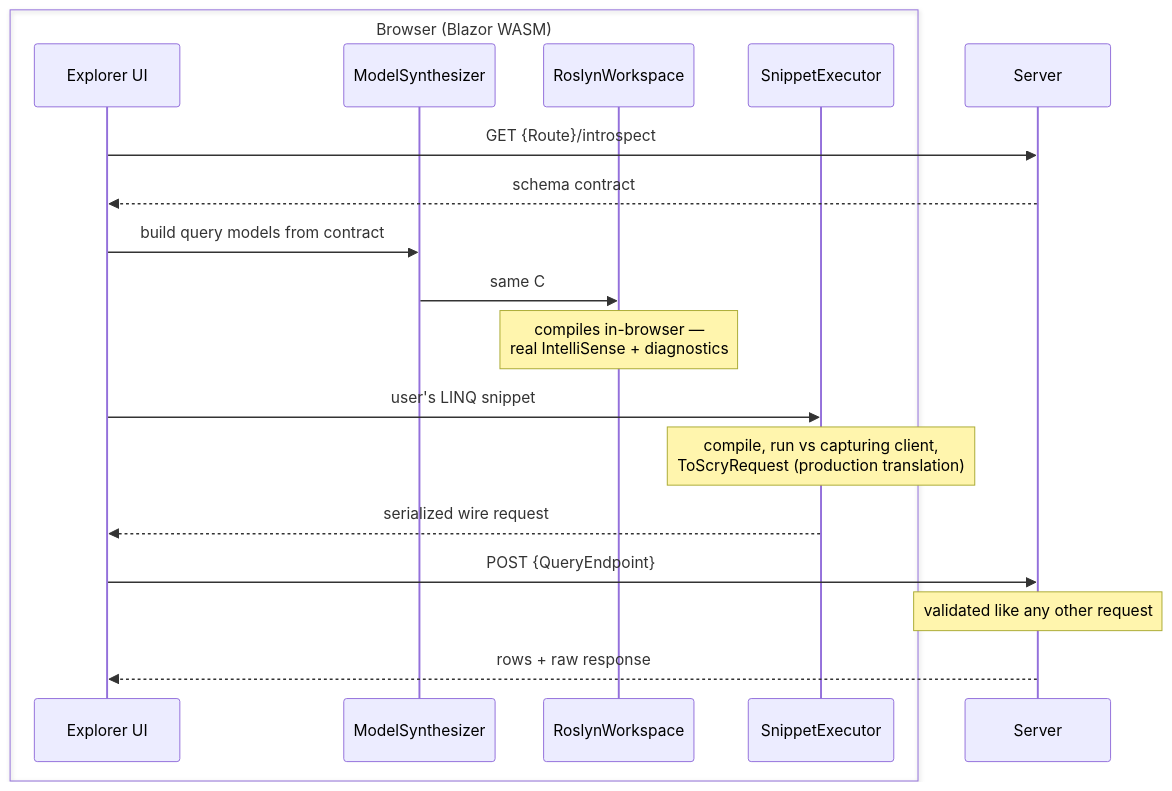
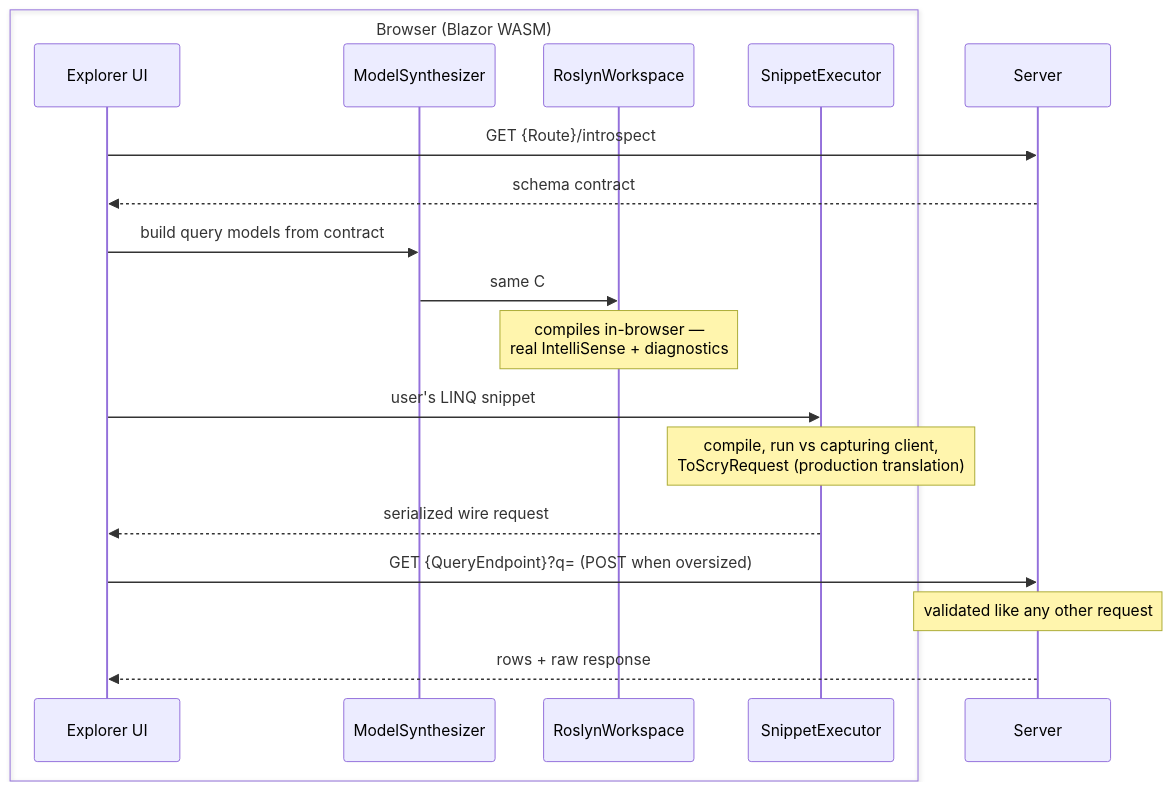
One commit to Papyrine/Scry changed the diagram in docs/explorer.md. Above: the diagram before and after it, drawn with Mermaid. The commit also changed other lines of this file and 79 other files, not shown here.

````diff
--- a/docs/explorer.md
+++ b/docs/explorer.md
@@ -907,22 +990,22 @@
 ```mermaid
 sequenceDiagram
     box Browser (Blazor WASM)
         participant UI as Explorer UI
         participant Synth as ModelSynthesizer
         participant Roslyn as RoslynWorkspace
         participant Exec as SnippetExecutor
     end
     participant Server
 
     UI->>Server: GET {Route}/introspect
     Server-->>UI: schema contract
     UI->>Synth: build query models from contract
     Synth->>Roslyn: same C# the generator emits
     Note over Roslyn: compiles in-browser —<br/>real IntelliSense + diagnostics
     UI->>Exec: user's LINQ snippet
     Note over Exec: compile, run vs capturing client,<br/>ToScryRequest (production translation)
     Exec-->>UI: serialized wire request
-    UI->>Server: POST {QueryEndpoint}
+    UI->>Server: GET {QueryEndpoint}?q= (POST when oversized)
     Note over Server: validated like any other request
     Server-->>UI: rows + raw response
 ```
````
